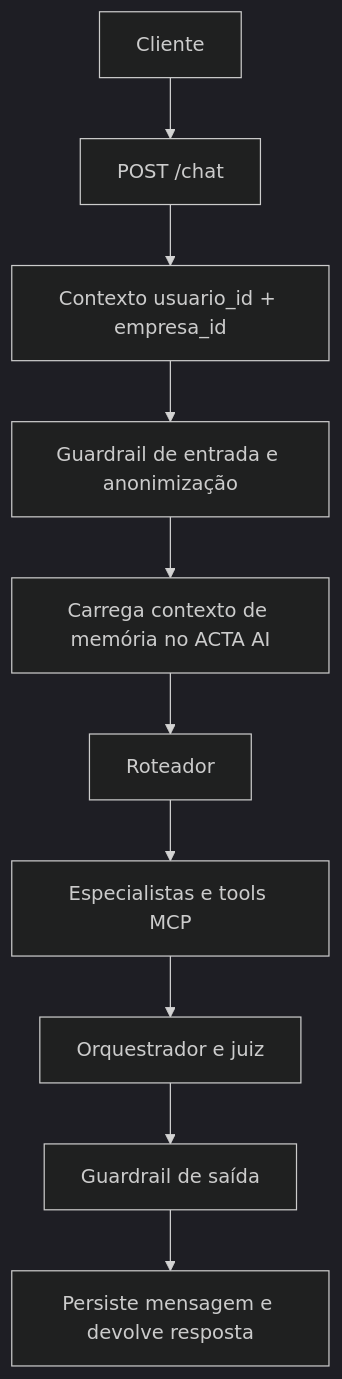
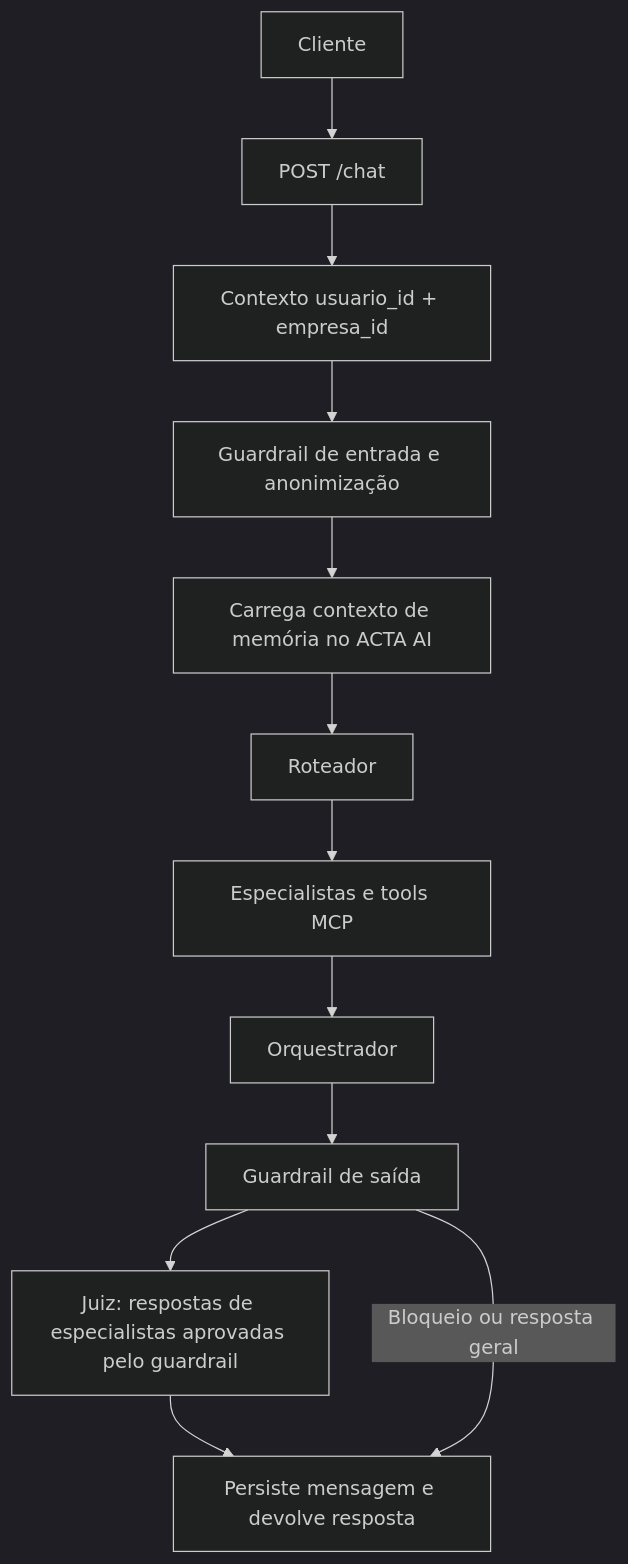
Before and after one commit to AppActa/acta-ai: the diagram in docs/arquitetura.md, drawn with Mermaid (dark theme). The commit also changed other lines of this file and 3 other files, not shown here.

Commit message:
chore: troca fluxo para guardrail_saida -> juiz ao inves de juiz -> guardrail_saida

````diff
--- a/docs/arquitetura.md
+++ b/docs/arquitetura.md
@@ -22,12 +22,14 @@
 ```mermaid
 flowchart TD
     A[Cliente] --> B[POST /chat]
     B --> C[Contexto usuario_id + empresa_id]
     C --> D[Guardrail de entrada e anonimização]
     D --> E[Carrega contexto de memória no ACTA AI]
     E --> F[Roteador]
     F --> G[Especialistas e tools MCP]
-    G --> H[Orquestrador e juiz]
+    G --> H[Orquestrador]
     H --> I[Guardrail de saída]
-    I --> J[Persiste mensagem e devolve resposta]
+    I --> J[Juiz: respostas de especialistas aprovadas pelo guardrail]
+    J --> K[Persiste mensagem e devolve resposta]
+    I -->|Bloqueio ou resposta geral| K
 ```
````
